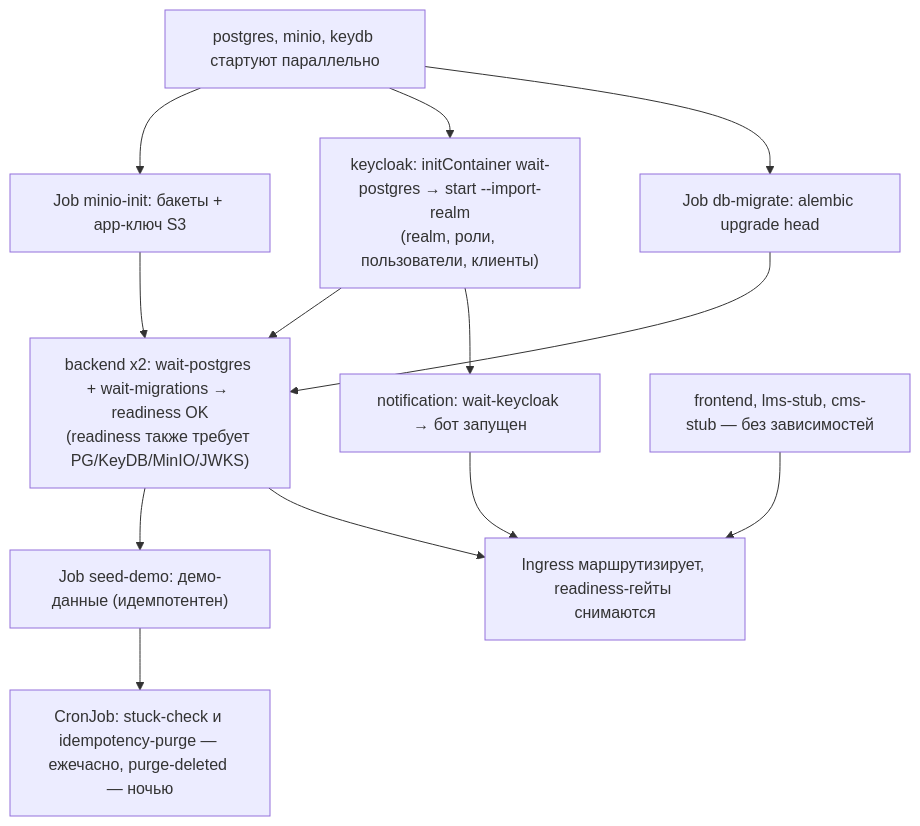
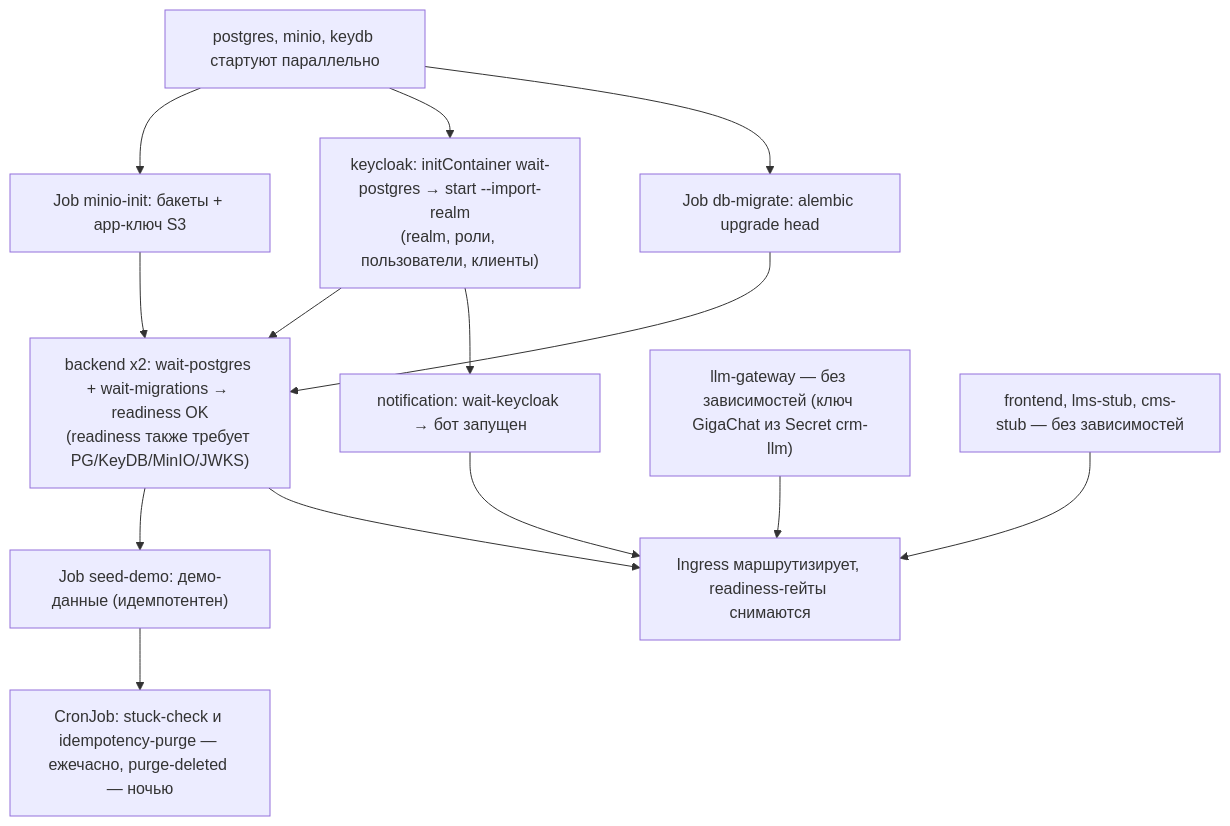
Before and after one commit to ilya2108/Collabse-LCT-Alma: the third of 3 diagrams in docs/design/deployment.md, drawn with Mermaid. The commit also changed other lines of this file and 136 other files, not shown here.

````diff
--- a/docs/design/deployment.md
+++ b/docs/design/deployment.md
@@ -1336,15 +1426,16 @@
 ```mermaid
 flowchart TD
     A["postgres, minio, keydb стартуют параллельно"] --> B["Job minio-init: бакеты + app-ключ S3"]
     A --> C["keycloak: initContainer wait-postgres → start --import-realm\n(realm, роли, пользователи, клиенты)"]
     A --> D["Job db-migrate: alembic upgrade head"]
     D --> E["backend x2: wait-postgres + wait-migrations → readiness OK\n(readiness также требует PG/KeyDB/MinIO/JWKS)"]
     C --> E
     B --> E
     E --> F["Job seed-demo: демо-данные (идемпотентен)"]
     C --> G["notification: wait-keycloak → бот запущен"]
+    A3["llm-gateway — без зависимостей (ключ GigaChat из Secret crm-llm)"] --> H
     A2["frontend, lms-stub, cms-stub — без зависимостей"] --> H["Ingress маршрутизирует, readiness-гейты снимаются"]
     E --> H
     F --> I["CronJob: stuck-check и idempotency-purge — ежечасно, purge-deleted — ночью"]
     G --> H
 ```
````
